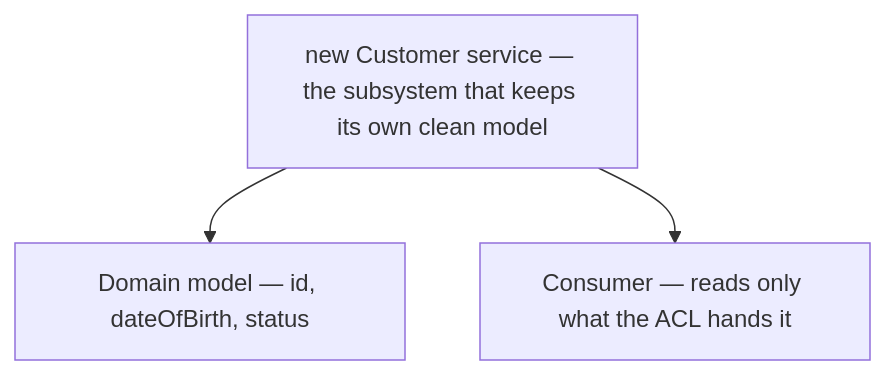
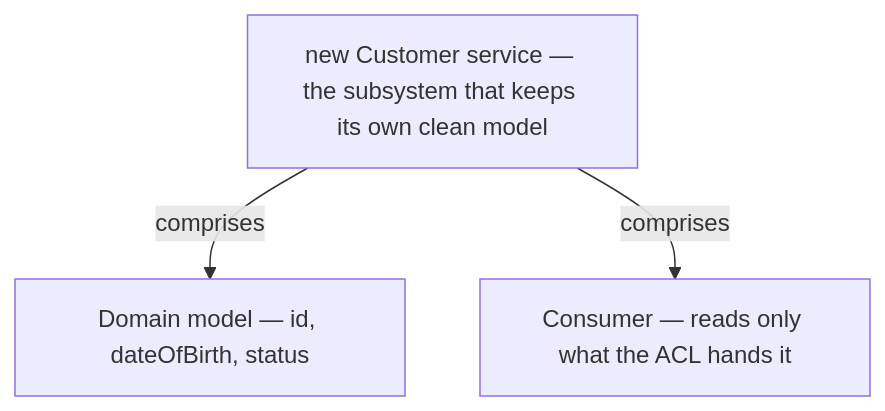
The fourth of 12 diagrams in docs/ch43-anti-corruption-layer.md (vinayakuber/microservices-io-study-guide), drawn with Mermaid before and after one commit. The commit also changed other lines of this file and 71 other files, not shown here.

First line of the commit message:
R18: label every diagram arrow with its meaning

````diff
--- a/docs/ch43-anti-corruption-layer.md
+++ b/docs/ch43-anti-corruption-layer.md
@@ -152,6 +152,6 @@
 ```mermaid
 flowchart TD
   R["new Customer service — the subsystem that keeps its own clean model"]
-  R --> P0["Domain model — id, dateOfBirth, status"]
-  R --> P1["Consumer — reads only what the ACL hands it"]
+  R -->|"comprises"| P0["Domain model — id, dateOfBirth, status"]
+  R -->|"comprises"| P1["Consumer — reads only what the ACL hands it"]
 ```
````
